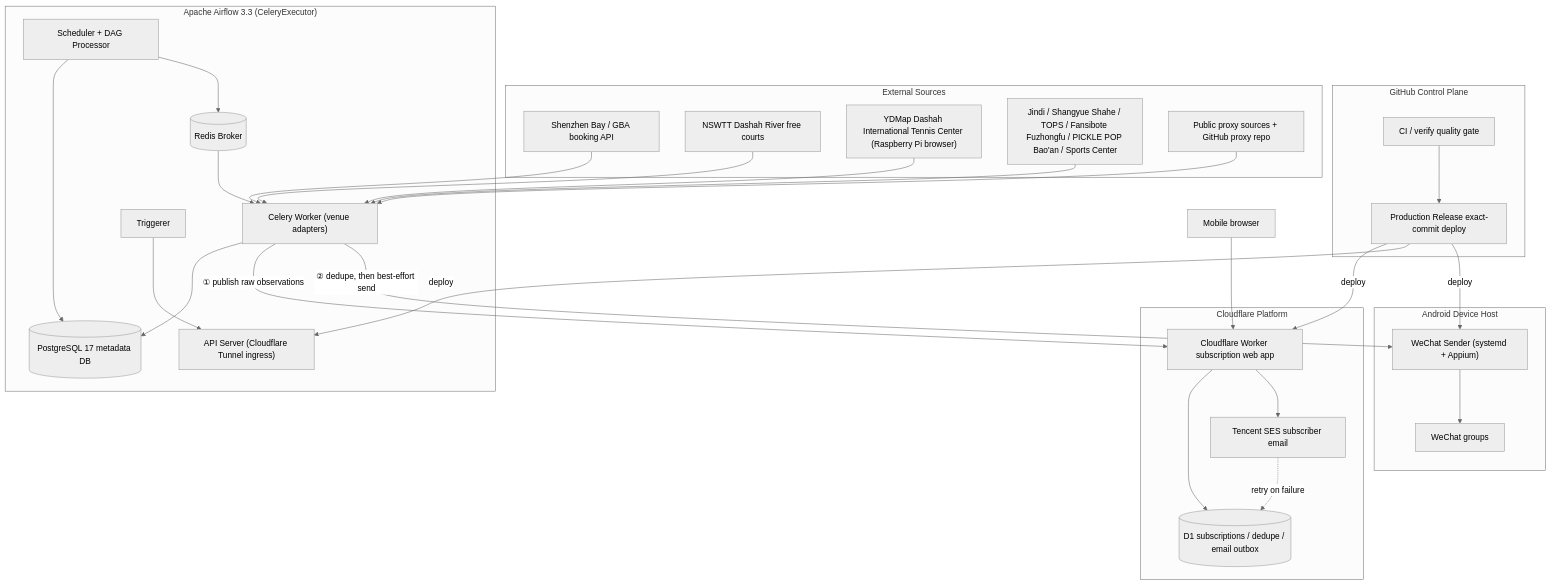
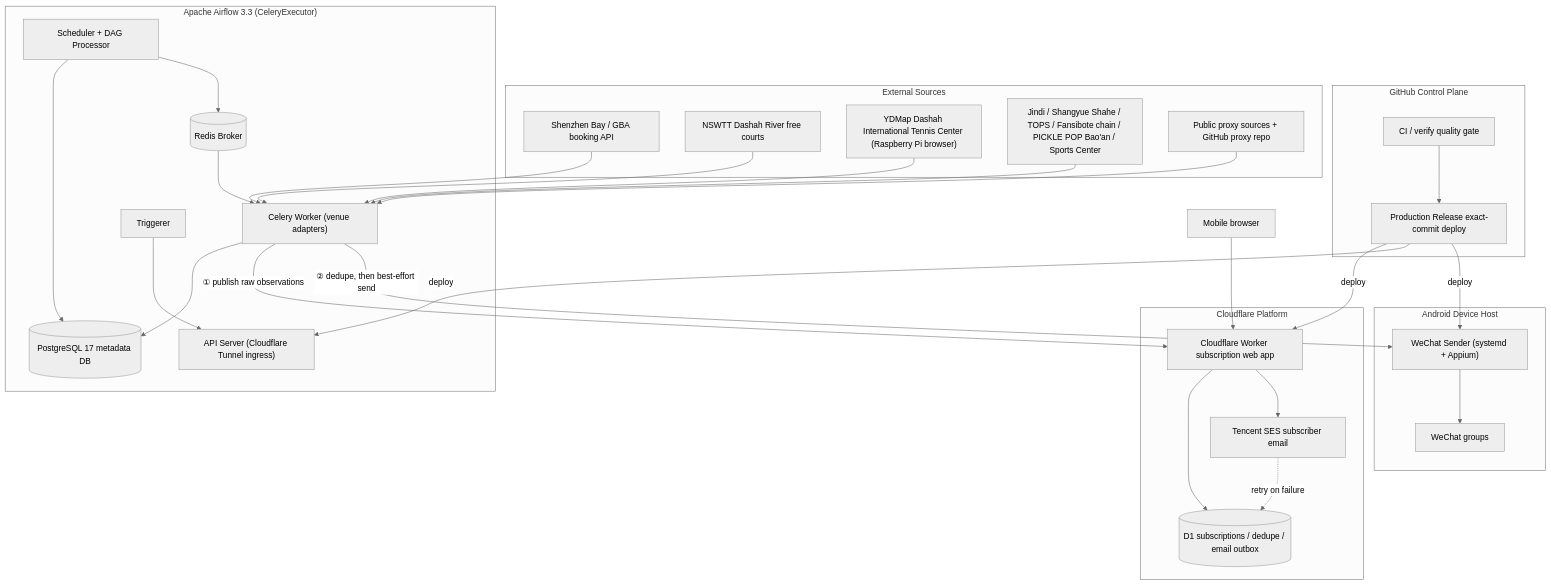
One commit to claude89757/wechat-on-airflow changed the diagram in README.en.md. Above: the diagram before and after it, drawn with Mermaid (neutral theme). The commit also changed other lines of this file and 30 other files, not shown here.

````diff
--- a/README.en.md
+++ b/README.en.md
@@ -24,60 +24,60 @@
 ```mermaid
 flowchart TB
     subgraph control["GitHub Control Plane"]
         CI["CI / verify quality gate"]
         Release["Production Release exact-commit deploy"]
         CI --> Release
     end
 
     subgraph sources["External Sources"]
         SZ["Shenzhen Bay / GBA booking API"]
         NSWTT["NSWTT Dashah River free courts"]
         YDMAP["YDMap Dashah International Tennis Center (Raspberry Pi browser)"]
-        VENUES["Jindi / Shangyue Shahe / TOPS / Fansibote Fuzhongfu / PICKLE POP Bao'an / Sports Center"]
+        VENUES["Jindi / Shangyue Shahe / TOPS / Fansibote chain / PICKLE POP Bao'an / Sports Center"]
         PROXY["Public proxy sources + GitHub proxy repo"]
     end
 
     subgraph airflow["Apache Airflow 3.3 (CeleryExecutor)"]
         Scheduler["Scheduler + DAG Processor"]
         Worker["Celery Worker (venue adapters)"]
         Triggerer["Triggerer"]
         DB[("PostgreSQL 17 metadata DB")]
         Redis[("Redis Broker")]
         ApiSrv["API Server (Cloudflare Tunnel ingress)"]
         Scheduler --> DB
         Scheduler --> Redis
         Redis --> Worker
         Worker --> DB
         Triggerer --> ApiSrv
     end
 
     subgraph cf["Cloudflare Platform"]
         WebApp["Cloudflare Worker subscription web app"]
         D1[("D1 subscriptions / dedupe / email outbox")]
         SES["Tencent SES subscriber email"]
         WebApp --> D1
         WebApp --> SES
         SES -. retry on failure .-> D1
     end
 
     subgraph android["Android Device Host"]
         Sender["WeChat Sender (systemd + Appium)"]
         Chat["WeChat groups"]
         Sender --> Chat
     end
 
     Browser["Mobile browser"] --> WebApp
 
     SZ --> Worker
     NSWTT --> Worker
     YDMAP --> Worker
     VENUES --> Worker
     PROXY --> Worker
 
     Worker -->|"① publish raw observations"| WebApp
     Worker -->|"② dedupe, then best-effort send"| Sender
 
     Release -->|"deploy"| WebApp
     Release -->|"deploy"| ApiSrv
     Release -->|"deploy"| Sender
 ```
````
